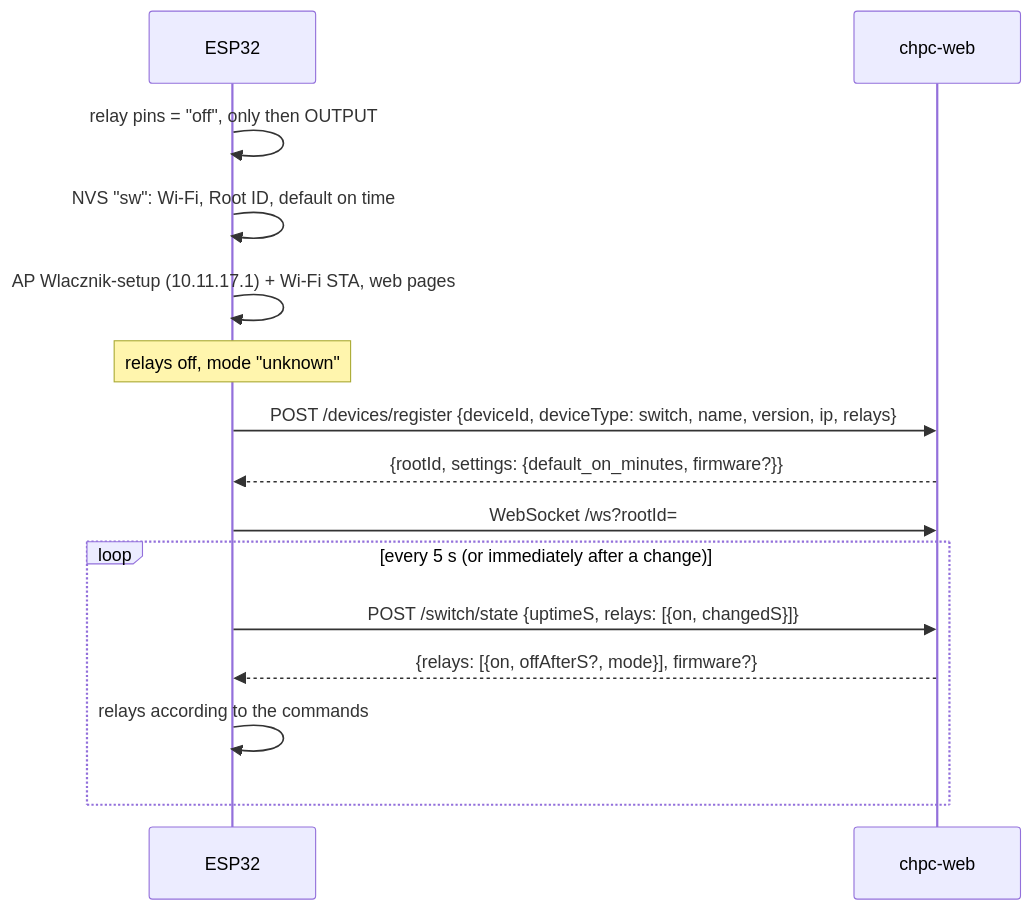
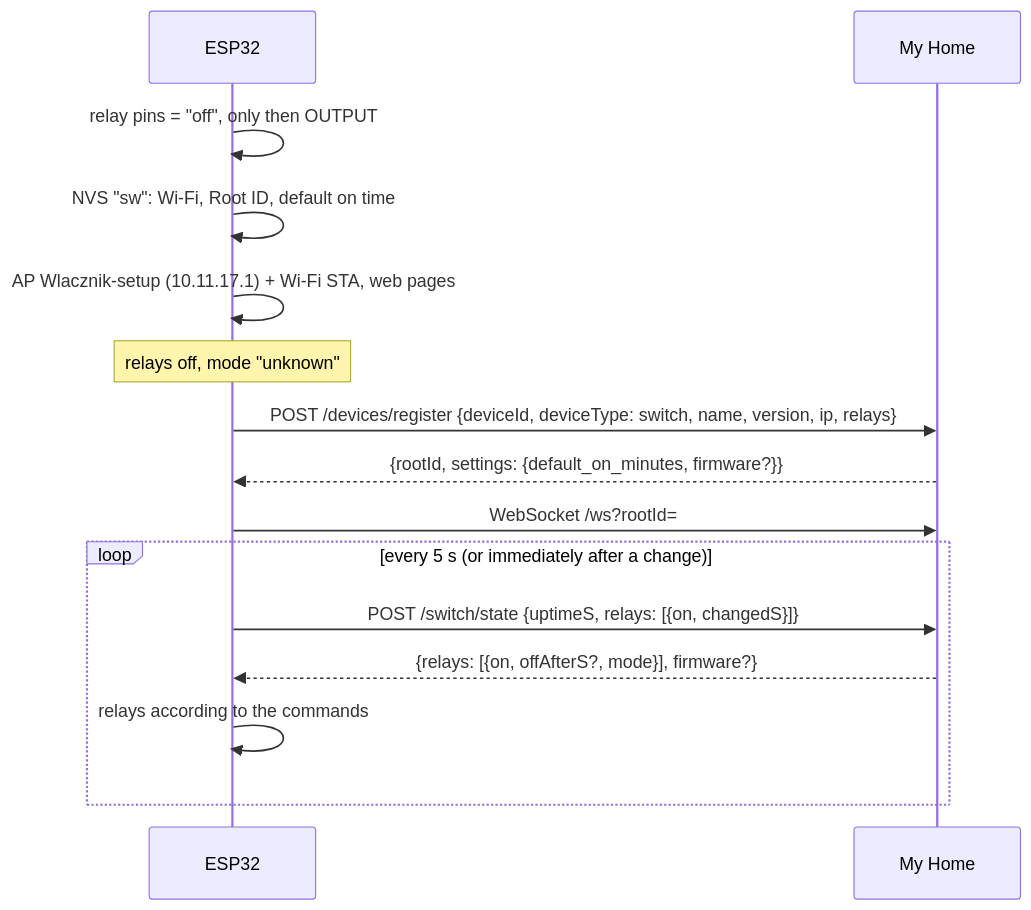
One commit to robertorlowski/chpc-web changed the first of 4 diagrams in devices/switch/docs/en/2-how-it-works.md. Above: the diagram before and after it, drawn with Mermaid. The commit also changed other lines of this file and 37 other files, not shown here.

First line of the commit message:
Dokumentacja: nazwa systemu My Home zamiast chpc-web, README po angielsku

````diff
--- a/devices/switch/docs/en/2-how-it-works.md
+++ b/devices/switch/docs/en/2-how-it-works.md
@@ -7,17 +7,17 @@
 ```mermaid
 sequenceDiagram
     participant E as ESP32
-    participant S as chpc-web
+    participant S as My Home
     E->>E: relay pins = "off", only then OUTPUT
     E->>E: NVS "sw": Wi-Fi, Root ID, default on time
     E->>E: AP Wlacznik-setup (10.11.17.1) + Wi-Fi STA, web pages
     Note over E: relays off, mode "unknown"
     E->>S: POST /devices/register {deviceId, deviceType: switch, name, version, ip, relays}
     S-->>E: {rootId, settings: {default_on_minutes, firmware?}}
     E->>S: WebSocket /ws?rootId=
     loop every 5 s (or immediately after a change)
         E->>S: POST /switch/state {uptimeS, relays: [{on, changedS}]}
         S-->>E: {relays: [{on, offAfterS?, mode}], firmware?}
         E->>E: relays according to the commands
     end
 ```
````
